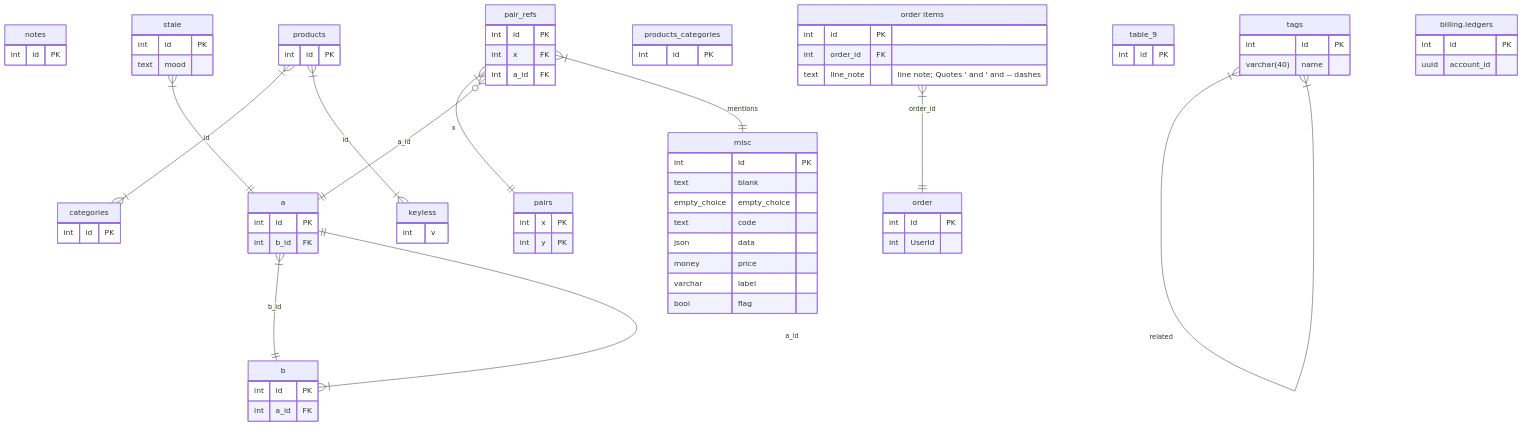
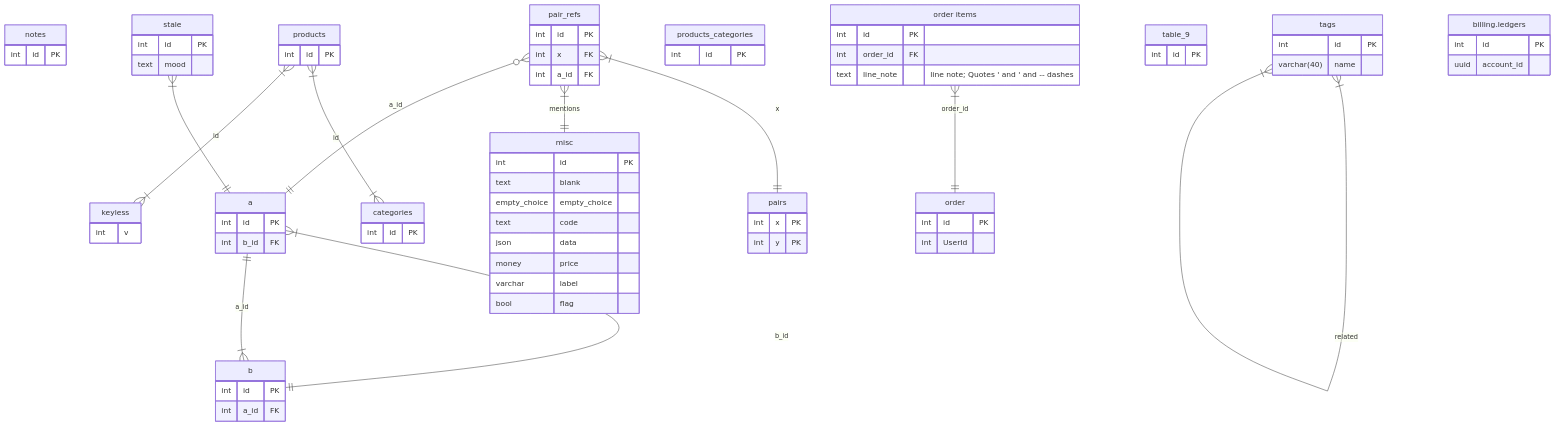
One commit to FamManh/sododeck changed the diagram in apps/app/src/db/export/__golden__/mermaid/edge-cases.mmd. Above: the diagram before and after it, drawn with Mermaid. The commit also changed other lines of this file and 102 other files, not shown here.

First line of the commit message:
feat: schema import from sql and dbml (044) (#93)

```diff
--- a/apps/app/src/db/export/__golden__/mermaid/edge-cases.mmd
+++ b/apps/app/src/db/export/__golden__/mermaid/edge-cases.mmd
@@ -1,77 +1,77 @@
 erDiagram
   a {
     int id PK
     int b_id FK
   }
   b {
     int id PK
     int a_id FK
   }
   categories {
     int id PK
   }
   keyless {
     int v
   }
   misc {
     int id PK
     text blank
     empty_choice empty_choice
     text code
     json data
     money price
     varchar label
     bool flag
   }
   notes {
     int id PK
   }
   order {
     int id PK
     int UserId
   }
   order_items["order items"] {
     int id PK
     int order_id FK
     text line_note "line note; Quotes ' and ' and -- dashes"
   }
   pair_refs {
     int id PK
     int x FK
     int a_id FK
   }
   pairs {
     int x PK
     int y PK
   }
   products {
     int id PK
   }
   products_categories {
     int id PK
   }
   stale {
     int id PK
     text mood
   }
   table_9 {
     int id PK
   }
   tags {
     int id PK
     varchar(40) name
   }
   billing_ledgers["billing.ledgers"] {
     int id PK
     uuid account_id
   }
   a }|--|| b : "b_id"
   b }|--|| a : "a_id"
   order_items }|--|| order : "order_id"
   pair_refs }|--|| pairs : "x"
+  pair_refs }|--|| misc : "mentions"
   pair_refs }o--|| a : "a_id"
-  pair_refs }|--|| misc : "mentions"
   products }|--|{ categories : "id"
   products }|--|{ keyless : "id"
   stale }|--|| a : ""
   tags }|--|{ tags : "related"
```
